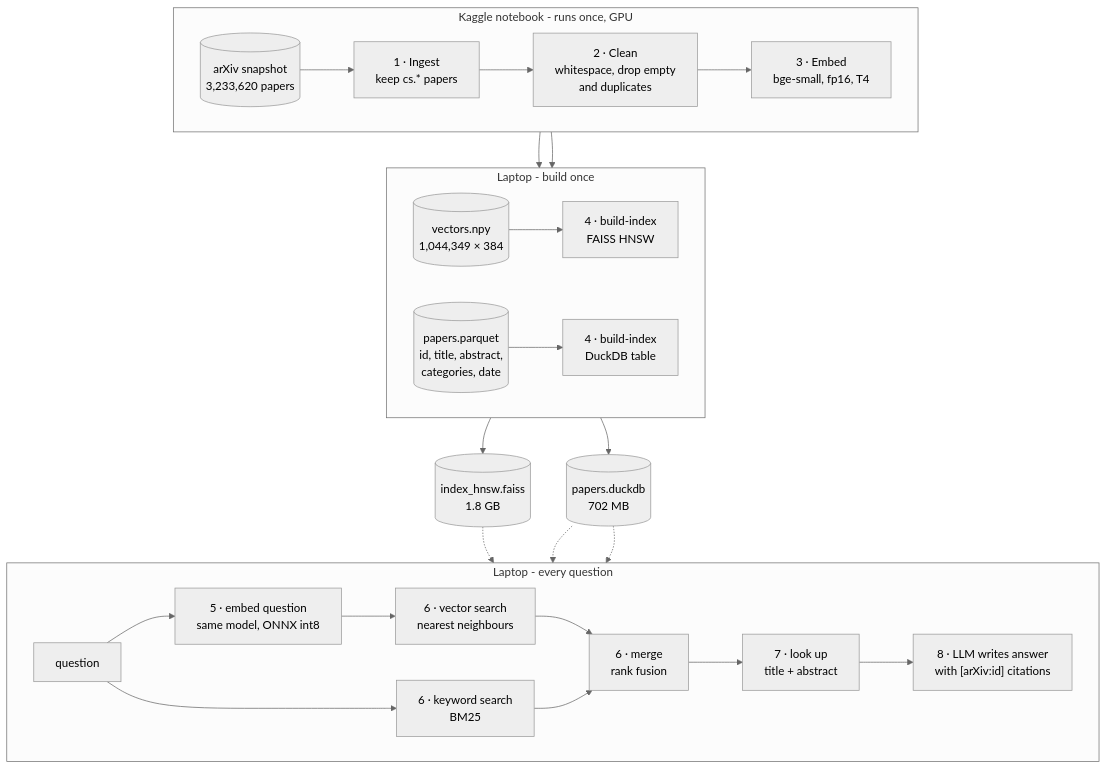
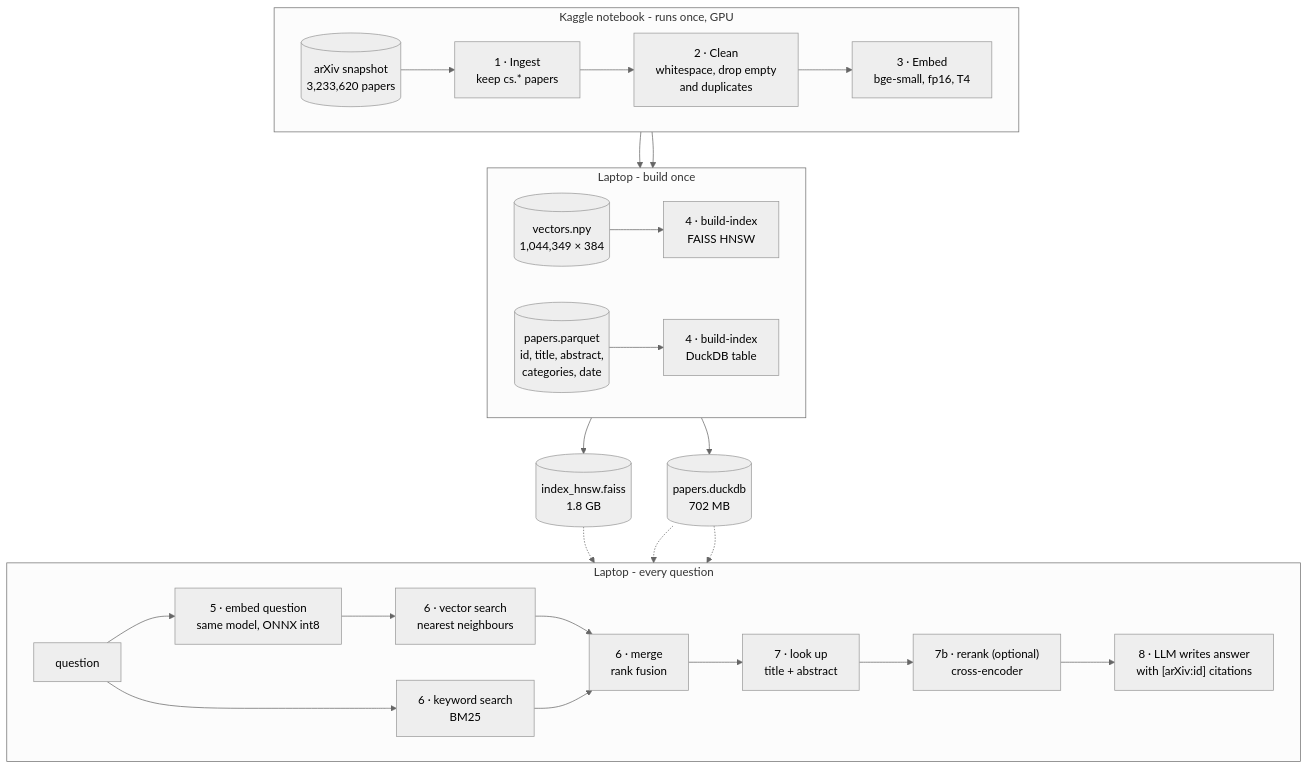
Before and after one commit to hiruneshan/papertrails: the diagram in docs/architecture.md, drawn with Mermaid (neutral theme). The commit also changed other lines of this file and 22 other files, not shown here.

Commit message:
feat: add optional cross-encoder reranker (v4-reranker)

````diff
--- a/docs/architecture.md
+++ b/docs/architecture.md
@@ -10,36 +10,37 @@
 ```mermaid
 flowchart TB
   subgraph KAGGLE["Kaggle notebook - runs once, GPU"]
     direction LR
     RAW[("arXiv snapshot<br/>3,233,620 papers")] --> ING["1 · Ingest<br/>keep cs.* papers"]
     ING --> CLN["2 · Clean<br/>whitespace, drop empty<br/>and duplicates"]
     CLN --> EMB["3 · Embed<br/>bge-small, fp16, T4"]
   end
 
   EMB --> VEC[("vectors.npy<br/>1,044,349 × 384")]
   CLN --> PAP[("papers.parquet<br/>id, title, abstract,<br/>categories, date")]
 
   subgraph LAPTOP["Laptop - build once"]
     direction LR
     VEC --> IDX["4 · build-index<br/>FAISS HNSW"]
     PAP --> DBB["4 · build-index<br/>DuckDB table"]
   end
 
   IDX --> FAISS[("index_hnsw.faiss<br/>1.8 GB")]
   DBB --> DUCK[("papers.duckdb<br/>702 MB")]
 
   subgraph QUERY["Laptop - every question"]
     direction LR
     Q["question"] --> QE["5 · embed question<br/>same model, ONNX int8"]
     QE --> SR["6 · vector search<br/>nearest neighbours"]
     Q --> KS["6 · keyword search<br/>BM25"]
     SR --> FU["6 · merge<br/>rank fusion"]
     KS --> FU
     FU --> LK["7 · look up<br/>title + abstract"]
-    LK --> LLM["8 · LLM writes answer<br/>with [arXiv:id] citations"]
+    LK --> RR["7b · rerank (optional)<br/>cross-encoder"]
+    RR --> LLM["8 · LLM writes answer<br/>with [arXiv:id] citations"]
   end
 
   FAISS -.-> SR
   DUCK -.-> KS
   DUCK -.-> LK
 ```
````
